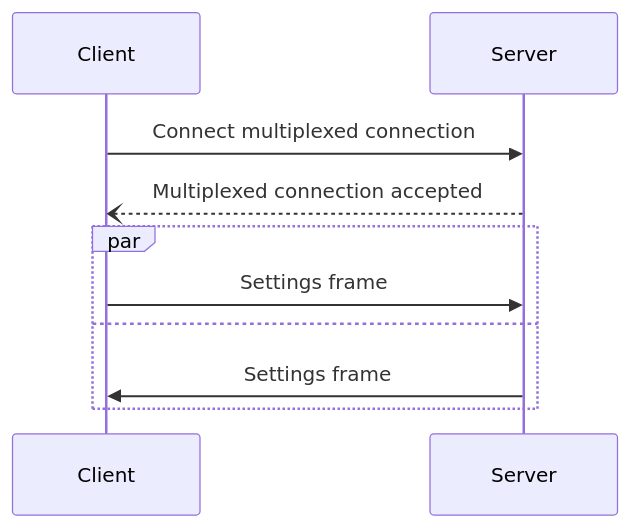
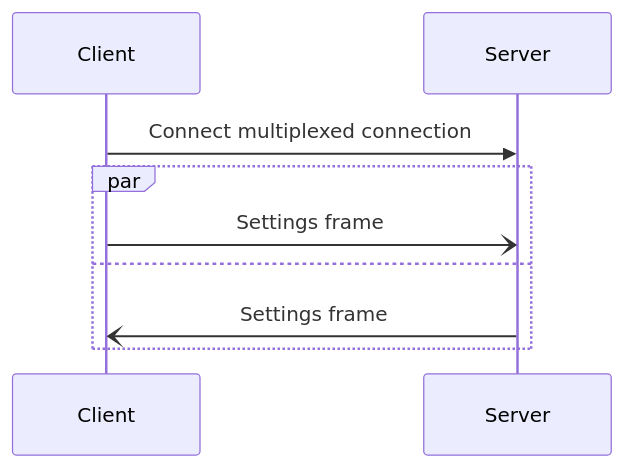
One commit to icerpc/icerpc-docs changed the diagram in pages/icerpc-core/icerpc-protocol/connection-establishment.md. Above: the diagram before and after it, drawn with Mermaid. The commit also changed 4 other files, not shown here.

````diff
--- a/pages/icerpc-core/icerpc-protocol/connection-establishment.md
+++ b/pages/icerpc-core/icerpc-protocol/connection-establishment.md
@@ -32,10 +32,9 @@
 ```mermaid
 sequenceDiagram
     Client->>Server: Connect multiplexed connection
-    Server--)Client: Multiplexed connection accepted
     par
-        Client->>Server: Settings frame
+        Client-)Server: Settings frame
     and
-        Server->>Client: Settings frame
+        Server-)Client: Settings frame
     end
 ```
````
